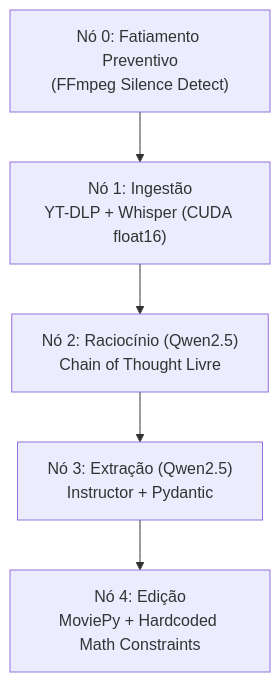
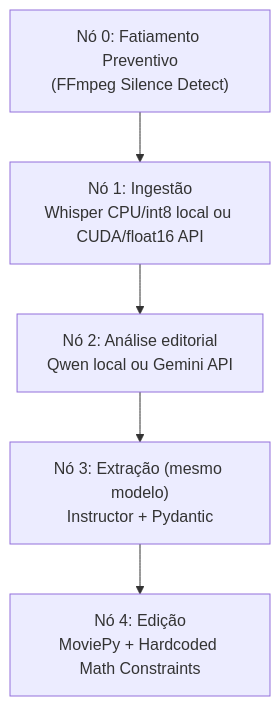
The diagram in AGENTS.md (SegantinDavi/agent-clipper), drawn with Mermaid before and after one commit. The commit also changed other lines of this file and 10 other files, not shown here.

````diff
--- a/AGENTS.md
+++ b/AGENTS.md
@@ -111,9 +113,9 @@
 ```mermaid
 graph TD
     Z["Nó 0: Fatiamento Preventivo<br>(FFmpeg Silence Detect)"] --> A
-    A["Nó 1: Ingestão<br>YT-DLP + Whisper (CUDA float16)"] --> B
-    B["Nó 2: Raciocínio (Qwen2.5)<br>Chain of Thought Livre"] --> C
-    C["Nó 3: Extração (Qwen2.5)<br>Instructor + Pydantic"] --> D
+    A["Nó 1: Ingestão<br>Whisper CPU/int8 local ou CUDA/float16 API"] --> B
+    B["Nó 2: Análise editorial<br>Qwen local ou Gemini API"] --> C
+    C["Nó 3: Extração (mesmo modelo)<br>Instructor + Pydantic"] --> D
     D["Nó 4: Edição<br>MoviePy + Hardcoded Math Constraints"]
 
 ```
````
